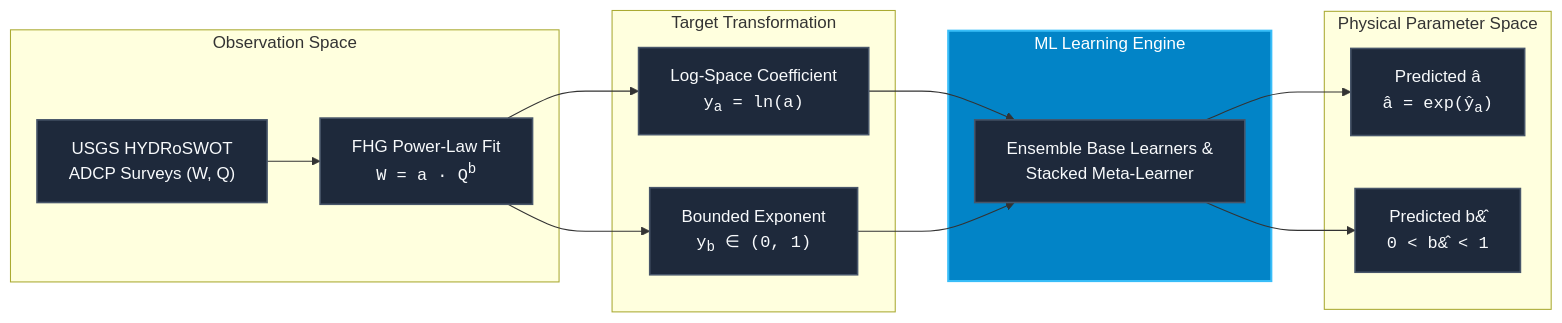
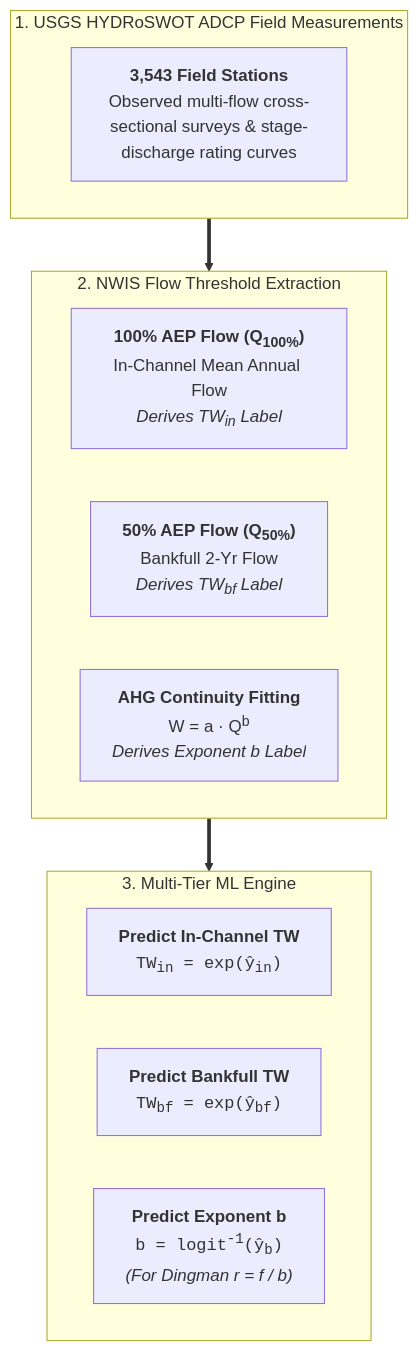
The first of 4 diagrams in docs/v1.0/tw/models.md (arashmodrad/ml_web), drawn with Mermaid before and after one commit. The commit also changed other lines of this file and 40 other files, not shown here.

````diff
--- a/docs/v1.0/tw/models.md
+++ b/docs/v1.0/tw/models.md
@@ -30,32 +27,28 @@
 ```mermaid
-flowchart LR
-    subgraph RAW ["Observation Space"]
-        ADCP["USGS HYDRoSWOT<br/>ADCP Surveys (W, Q)"]
-        FIT["FHG Power-Law Fit<br/><code>W = a &middot; Q<sup>b</sup></code>"]
-        ADCP --> FIT
+flowchart TD
+    subgraph OBS ["1. USGS HYDRoSWOT ADCP Field Measurements"]
+        ADCP["<b>3,543 Field Stations</b><br/>Observed multi-flow cross-sectional surveys & stage-discharge rating curves"]
     end
 
-    subgraph TRANS ["Target Transformation"]
-        LOG_A["Log-Space Coefficient<br/><code>y<sub>a</sub> = ln(a)</code>"]
-        BOUND_B["Bounded Exponent<br/><code>y<sub>b</sub> &in; (0, 1)</code>"]
-        FIT --> LOG_A
-        FIT --> BOUND_B
+    subgraph FLOW ["2. NWIS Flow Threshold Extraction"]
+        direction LR
+        Q100["<b>100% AEP Flow (Q<sub>100%</sub>)</b><br/>In-Channel Mean Annual Flow<br/><i>Derives TW<sub>in</sub> Label</i>"]
+        Q50["<b>50% AEP Flow (Q<sub>50%</sub>)</b><br/>Bankfull 2-Yr Flow<br/><i>Derives TW<sub>bf</sub> Label</i>"]
+        AHG_FIT["<b>AHG Continuity Fitting</b><br/>W = a &middot; Q<sup>b</sup><br/><i>Derives Exponent b Label</i>"]
     end
 
-    subgraph ML ["ML Learning Engine"]
-        MODELS["Ensemble Base Learners &<br/>Stacked Meta-Learner"]
-        LOG_A --> MODELS
-        BOUND_B --> MODELS
+    subgraph ML_TARGETS ["3. Multi-Tier ML Engine"]
+        direction LR
+        ML_IN["<b>Predict In-Channel TW</b><br/><code>TW<sub>in</sub> = exp(ŷ<sub>in</sub>)</code>"]
+        ML_BF["<b>Predict Bankfull TW</b><br/><code>TW<sub>bf</sub> = exp(ŷ<sub>bf</sub>)</code>"]
+        ML_B["<b>Predict Exponent b</b><br/><code>b = logit<sup>-1</sup>(ŷ<sub>b</sub>)</code><br/><i>(For Dingman r = f / b)</i>"]
     end
 
-    subgraph OUTPUT ["Physical Parameter Space"]
-        A_PRED["Predicted &acirc;<br/><code>&acirc; = exp(ŷ<sub>a</sub>)</code>"]
-        B_PRED["Predicted b&#770;<br/><code>0 < b&#770; < 1</code>"]
-        MODELS --> A_PRED
-        MODELS --> B_PRED
-    end
+    OBS ==> FLOW ==> ML_TARGETS
 
-    classDef default fill:#1e293b,stroke:#475569,stroke-width:1.5px,color:#f8fafc;
-    classDef highlight fill:#0284c7,stroke:#38bdf8,stroke-width:2px,color:#ffffff;
-    class ML highlight;
+    class OBS highlight-blue;
+    class FLOW highlight-blue;
+    class ML_IN highlight-teal;
+    class ML_BF highlight-orange;
+    class ML_B highlight-blue;
 ```
````
